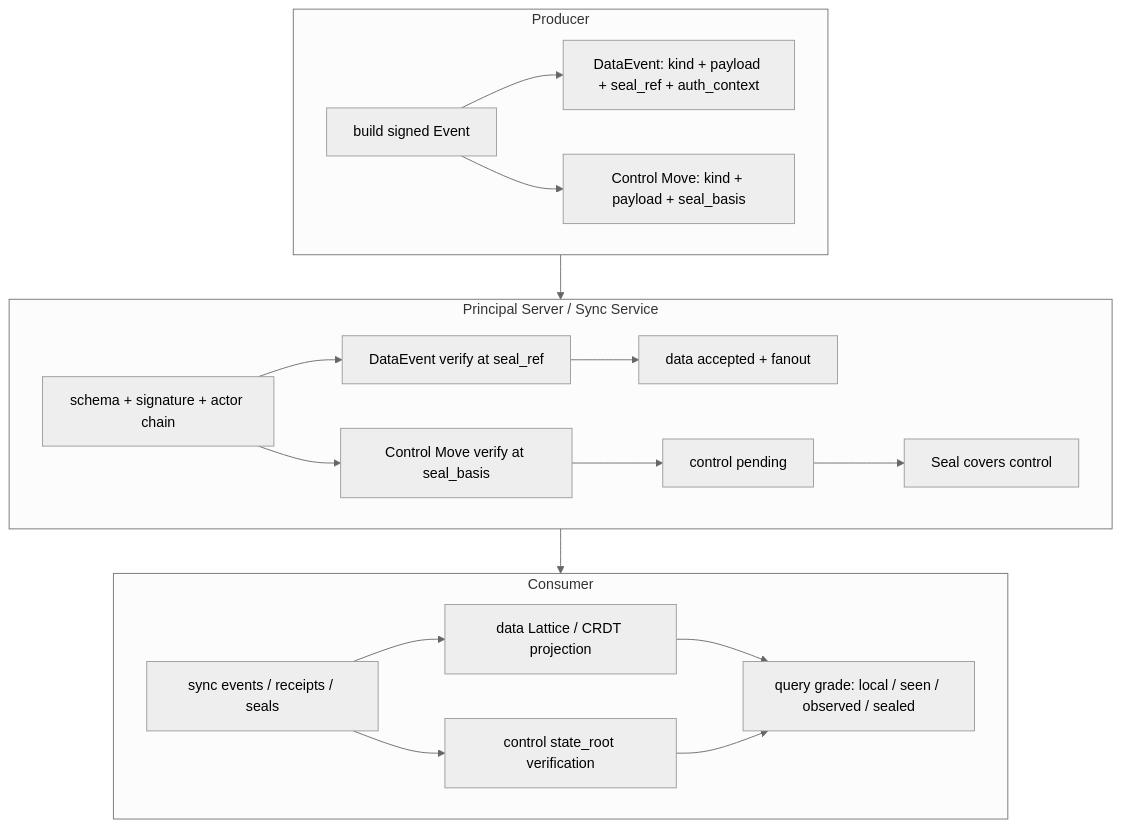
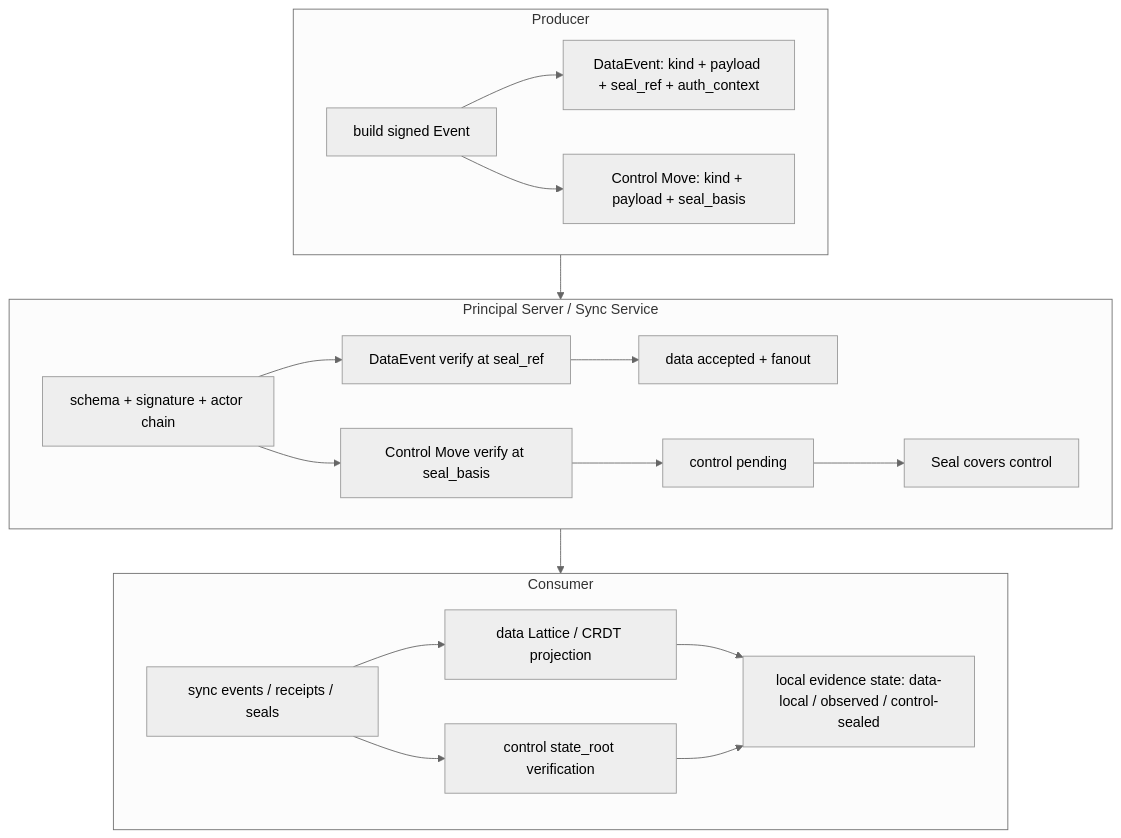
One commit to arkret-org/arkret-spec changed the diagram in spec/v1/zh/sync/operations-sync.md. Above: the diagram before and after it, drawn with Mermaid (neutral theme). The commit also changed other lines of this file and 9 other files, not shown here.

Commit message:
fix(spec): resolve data event query grade semantics

````diff
--- a/spec/v1/zh/sync/operations-sync.md
+++ b/spec/v1/zh/sync/operations-sync.md
@@ -148,32 +148,32 @@
 ```mermaid
 flowchart TB
     subgraph P ["Producer"]
         P1["build signed Event"]
         P2["DataEvent: kind + payload + seal_ref + auth_context"]
         P3["Control Move: kind + payload + seal_basis"]
         P1 --> P2
         P1 --> P3
     end
 
     subgraph S ["Principal Server / Sync Service"]
         S1["schema + signature + actor chain"]
         S2["DataEvent verify at seal_ref"]
         S3["Control Move verify at seal_basis"]
         S4["data accepted + fanout"]
         S5["control pending"]
         S6["Seal covers control"]
         S1 --> S2 --> S4
         S1 --> S3 --> S5 --> S6
     end
 
     subgraph C ["Consumer"]
         C1["sync events / receipts / seals"]
         C2["data Lattice / CRDT projection"]
         C3["control state_root verification"]
-        C4["query grade: local / seen / observed / sealed"]
+        C4["local evidence state: data-local / observed / control-sealed"]
         C1 --> C2 --> C4
         C1 --> C3 --> C4
     end
 
     P --> S --> C
 ```
````
